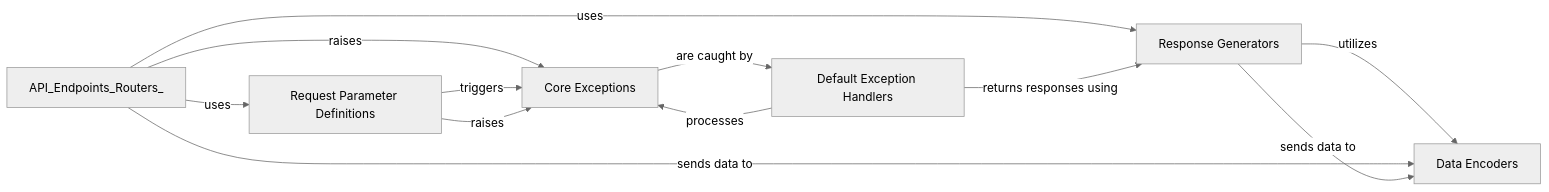
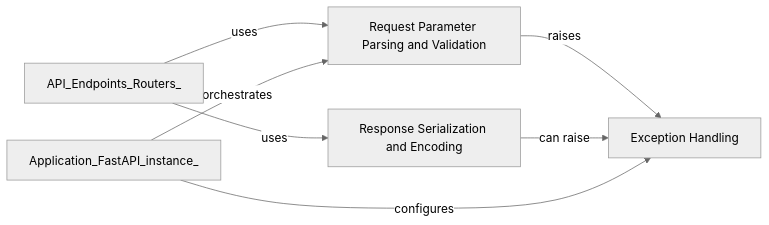
The diagram in fastapi/Request_Response_Handling.md (CodeBoarding/GeneratedOnBoardings), drawn with Mermaid (neutral theme) before and after one commit. The commit also changed other lines of this file and 4 other files, not shown here.

````diff
--- a/fastapi/Request_Response_Handling.md
+++ b/fastapi/Request_Response_Handling.md
@@ -1,19 +1,12 @@
 ```mermaid
 graph LR
-    Request_Parameter_Definitions["Request Parameter Definitions"]
-    Response_Generators["Response Generators"]
-    Data_Encoders["Data Encoders"]
-    Core_Exceptions["Core Exceptions"]
-    Default_Exception_Handlers["Default Exception Handlers"]
-    API_Endpoints_Routers_ -- "uses" --> Request_Parameter_Definitions
-    API_Endpoints_Routers_ -- "uses" --> Response_Generators
-    API_Endpoints_Routers_ -- "raises" --> Core_Exceptions
-    Request_Parameter_Definitions -- "triggers" --> Core_Exceptions
-    Response_Generators -- "utilizes" --> Data_Encoders
-    API_Endpoints_Routers_ -- "sends data to" --> Data_Encoders
-    Response_Generators -- "sends data to" --> Data_Encoders
-    Core_Exceptions -- "are caught by" --> Default_Exception_Handlers
-    Request_Parameter_Definitions -- "raises" --> Core_Exceptions
-    Default_Exception_Handlers -- "processes" --> Core_Exceptions
-    Default_Exception_Handlers -- "returns responses using" --> Response_Generators
+    Request_Parameter_Parsing_and_Validation["Request Parameter Parsing and Validation"]
+    Response_Serialization_and_Encoding["Response Serialization and Encoding"]
+    Exception_Handling["Exception Handling"]
+    API_Endpoints_Routers_ -- "uses" --> Request_Parameter_Parsing_and_Validation
+    Request_Parameter_Parsing_and_Validation -- "raises" --> Exception_Handling
+    API_Endpoints_Routers_ -- "uses" --> Response_Serialization_and_Encoding
+    Response_Serialization_and_Encoding -- "can raise" --> Exception_Handling
+    Application_FastAPI_instance_ -- "configures" --> Exception_Handling
+    Application_FastAPI_instance_ -- "orchestrates" --> Request_Parameter_Parsing_and_Validation
 ```
````
